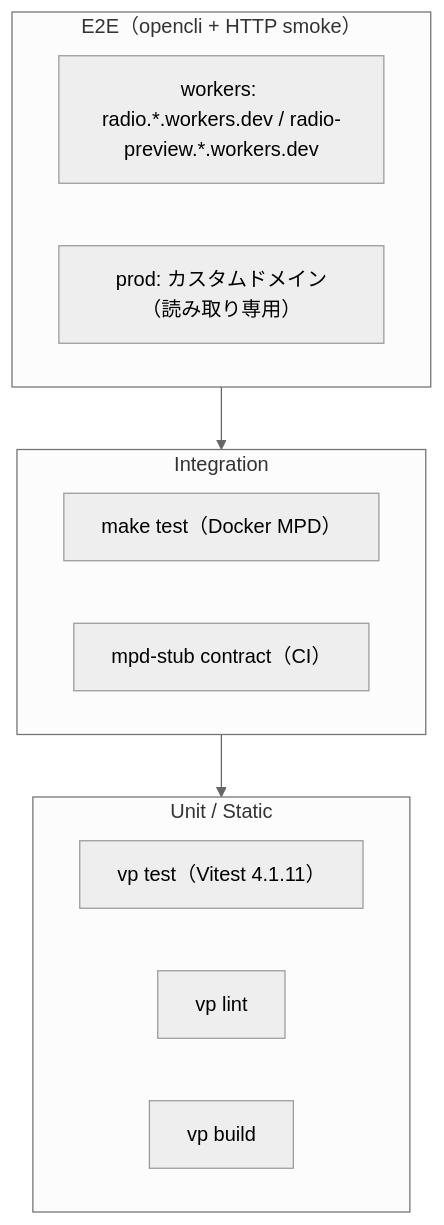
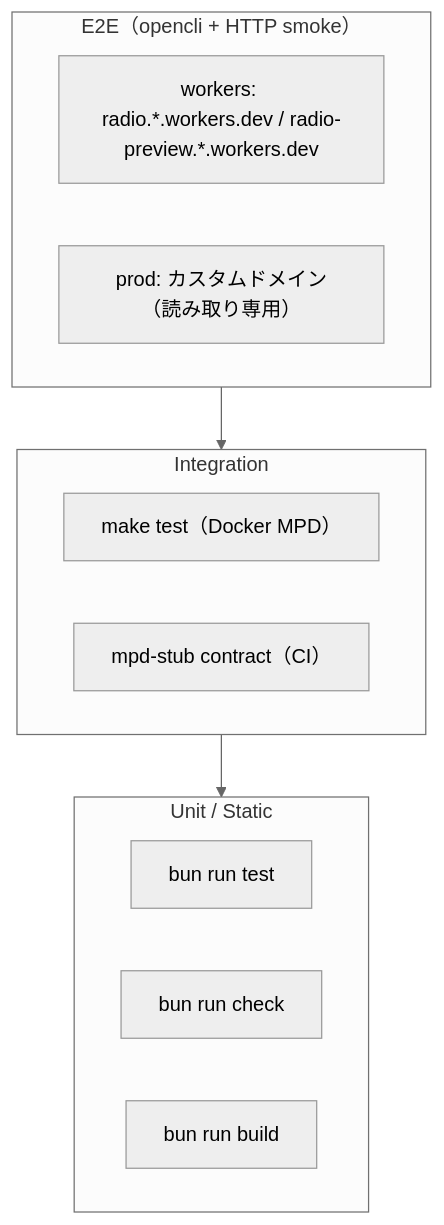
One commit to budybye/radio changed the first of 2 diagrams in docs/test.md. Above: the diagram before and after it, drawn with Mermaid (neutral theme). The commit also changed other lines of this file and 10 other files, not shown here.

````diff
--- a/docs/test.md
+++ b/docs/test.md
@@ -6,21 +6,21 @@
 ```mermaid
 flowchart TB
   subgraph e2e["E2E（opencli + HTTP smoke）"]
     Workers["workers: radio.*.workers.dev / radio-preview.*.workers.dev"]
     Prod["prod: カスタムドメイン（読み取り専用）"]
   end
 
   subgraph integration["Integration"]
     MakeTest["make test（Docker MPD）"]
     MpdStub["mpd-stub contract（CI）"]
   end
 
   subgraph unit["Unit / Static"]
-    Vitest["vp test（Vitest 4.1.11）"]
-    Lint["vp lint"]
-    Build["vp build"]
+    Vitest["bun run test"]
+    Check["bun run check"]
+    Build["bun run build"]
   end
 
   e2e --> integration
   integration --> unit
 ```
````
